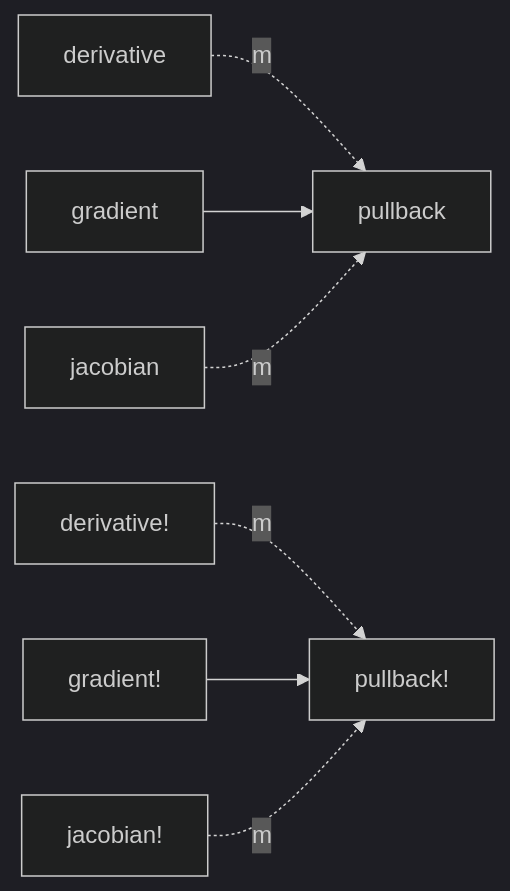
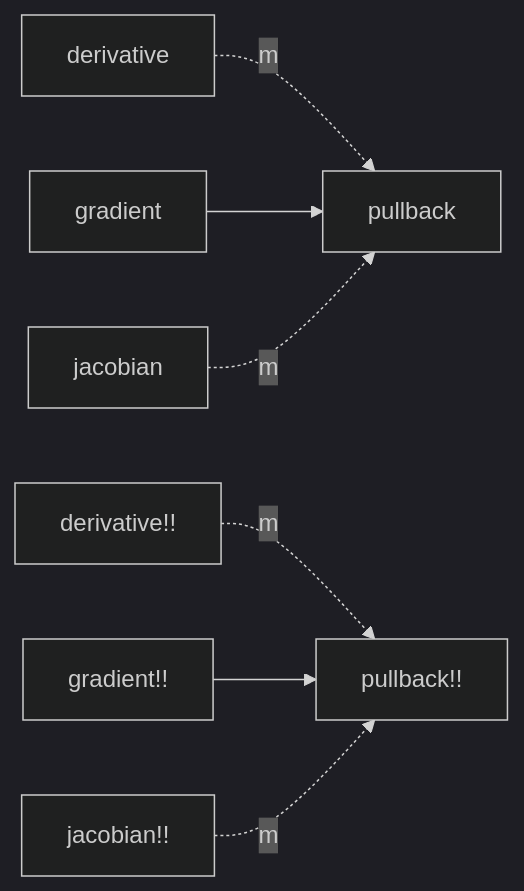
Before and after one commit to gdalle/DifferentiationInterface.jl: the second of 2 diagrams in docs/src/developer.md, drawn with Mermaid (dark theme). The commit also changed other lines of this file and 36 other files, not shown here.

````diff
--- a/docs/src/developer.md
+++ b/docs/src/developer.md
@@ -41,9 +41,9 @@
 ```mermaid
 flowchart LR
     derivative .-> |m|pullback
-    derivative! .-> |m|pullback!
+    derivative!! .-> |m|pullback!!
     gradient --> pullback
-    gradient! --> pullback!
+    gradient!! --> pullback!!
     jacobian .-> |m|pullback
-    jacobian! .-> |m|pullback!
+    jacobian!! .-> |m|pullback!!
 ```
````
